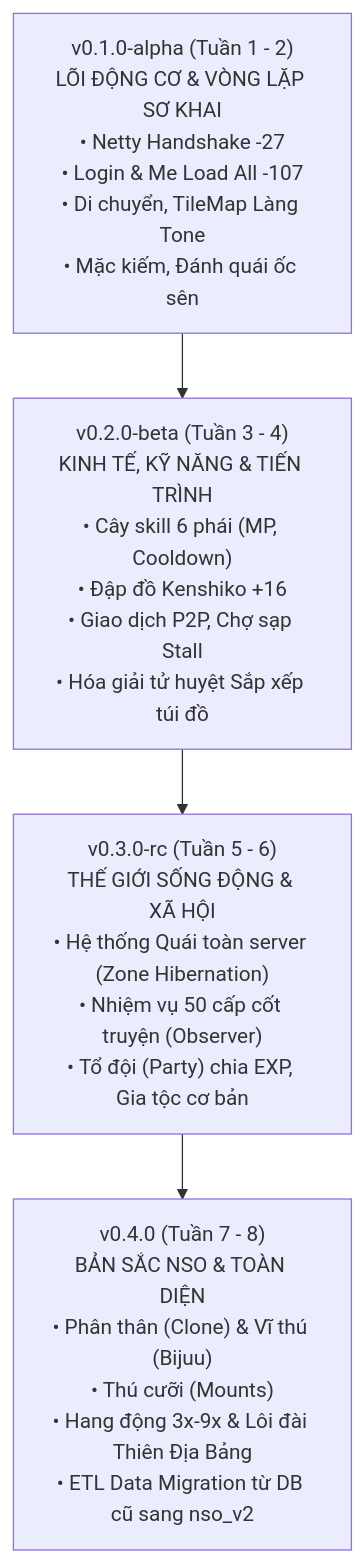
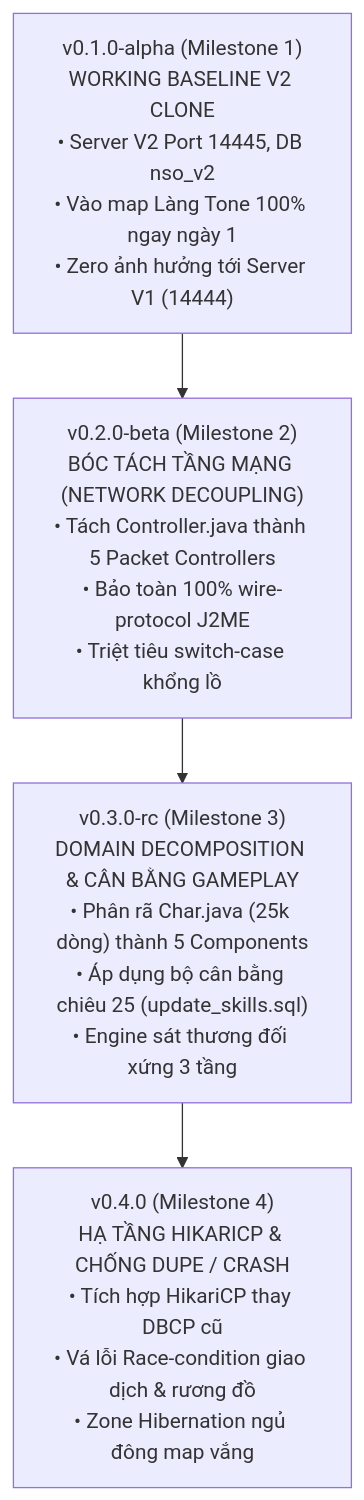
The diagram in docs/rework/07_CHIEN_LUOC_MILESTONE_VA_UOC_LUONG_PHIEN_BAN.md (RevenantKitana/NSO-server), drawn with Mermaid before and after one commit. The commit also changed other lines of this file and 3 other files, not shown here.

````diff
--- a/docs/rework/07_CHIEN_LUOC_MILESTONE_VA_UOC_LUONG_PHIEN_BAN.md
+++ b/docs/rework/07_CHIEN_LUOC_MILESTONE_VA_UOC_LUONG_PHIEN_BAN.md
@@ -31,12 +32,12 @@
 ```mermaid
 flowchart TD
-    M1["v0.1.0-alpha (Tuần 1 - 2)\nLÕI ĐỘNG CƠ & VÒNG LẶP SƠ KHAI\n• Netty Handshake -27\n• Login & Me Load All -107\n• Di chuyển, TileMap Làng Tone\n• Mặc kiếm, Đánh quái ốc sên"]
+    M1["v0.1.0-alpha (Milestone 1)\nWORKING BASELINE V2 CLONE\n• Server V2 Port 14445, DB nso_v2\n• Vào map Làng Tone 100% ngay ngày 1\n• Zero ảnh hưởng tới Server V1 (14444)"]
     
-    M2["v0.2.0-beta (Tuần 3 - 4)\nKINH TẾ, KỸ NĂNG & TIẾN TRÌNH\n• Cây skill 6 phái (MP, Cooldown)\n• Đập đồ Kenshiko +16\n• Giao dịch P2P, Chợ sạp Stall\n• Hóa giải tử huyệt Sắp xếp túi đồ"]
+    M2["v0.2.0-beta (Milestone 2)\nBÓC TÁCH TẦNG MẠNG (NETWORK DECOUPLING)\n• Tách Controller.java thành 5 Packet Controllers\n• Bảo toàn 100% wire-protocol J2ME\n• Triệt tiêu switch-case khổng lồ"]
 
-    M3["v0.3.0-rc (Tuần 5 - 6)\nTHẾ GIỚI SỐNG ĐỘNG & XÃ HỘI\n• Hệ thống Quái toàn server (Zone Hibernation)\n• Nhiệm vụ 50 cấp cốt truyện (Observer)\n• Tổ đội (Party) chia EXP, Gia tộc cơ bản"]
+    M3["v0.3.0-rc (Milestone 3)\nDOMAIN DECOMPOSITION & CÂN BẰNG GAMEPLAY\n• Phân rã Char.java (25k dòng) thành 5 Components\n• Áp dụng bộ cân bằng chiêu 25 (update_skills.sql)\n• Engine sát thương đối xứng 3 tầng"]
 
-    M4["v0.4.0 (Tuần 7 - 8)\nBẢN SẮC NSO & TOÀN DIỆN\n• Phân thân (Clone) & Vĩ thú (Bijuu)\n• Thú cưỡi (Mounts)\n• Hang động 3x-9x & Lôi đài Thiên Địa Bảng\n• ETL Data Migration từ DB cũ sang nso_v2"]
+    M4["v0.4.0 (Milestone 4)\nHẠ TẦNG HIKARICP & CHỐNG DUPE / CRASH\n• Tích hợp HikariCP thay DBCP cũ\n• Vá lỗi Race-condition giao dịch & rương đồ\n• Zone Hibernation ngủ đông map vắng"]
 
     M1 --> M2 --> M3 --> M4
 ```
````
